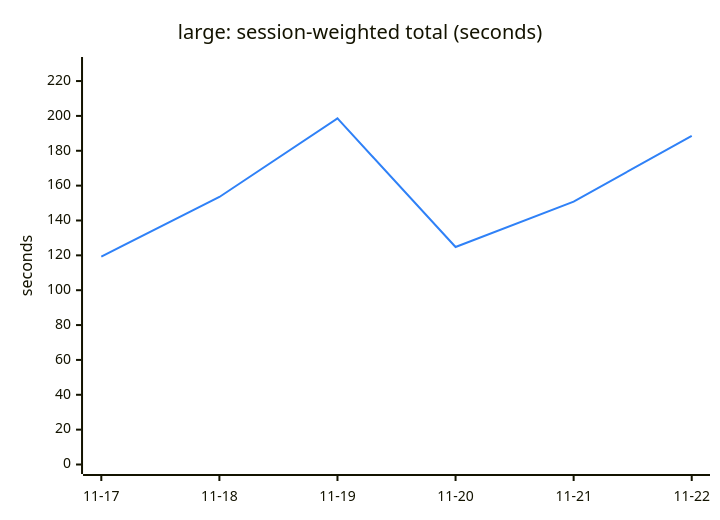
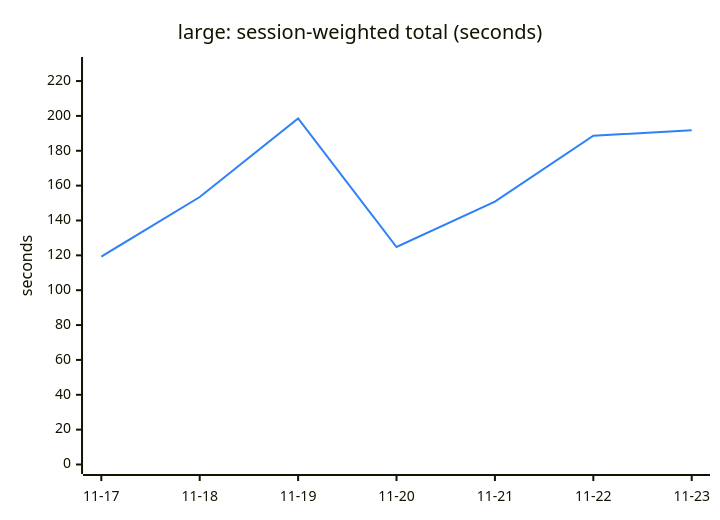
Before and after one commit to Ricovl/mxcli: the second of 6 diagrams in TREND.md, drawn with Mermaid. The commit also changed other lines of this file and 2 other files, not shown here.

````diff
--- a/TREND.md
+++ b/TREND.md
@@ -48,13 +48,13 @@
 ```mermaid
 ---
 config:
   themeVariables:
     xyChart:
       plotColorPalette: "#2f81f7"
 ---
 xychart-beta
     title "large: session-weighted total (seconds)"
-    x-axis ["11-17", "11-18", "11-19", "11-20", "11-21", "11-22"]
+    x-axis ["11-17", "11-18", "11-19", "11-20", "11-21", "11-22", "11-23"]
     y-axis "seconds" 0 --> 228.35
-    line [119.28, 153.48, 198.56, 124.78, 150.84, 188.60]
+    line [119.28, 153.48, 198.56, 124.78, 150.84, 188.60, 191.73]
 ```
````
